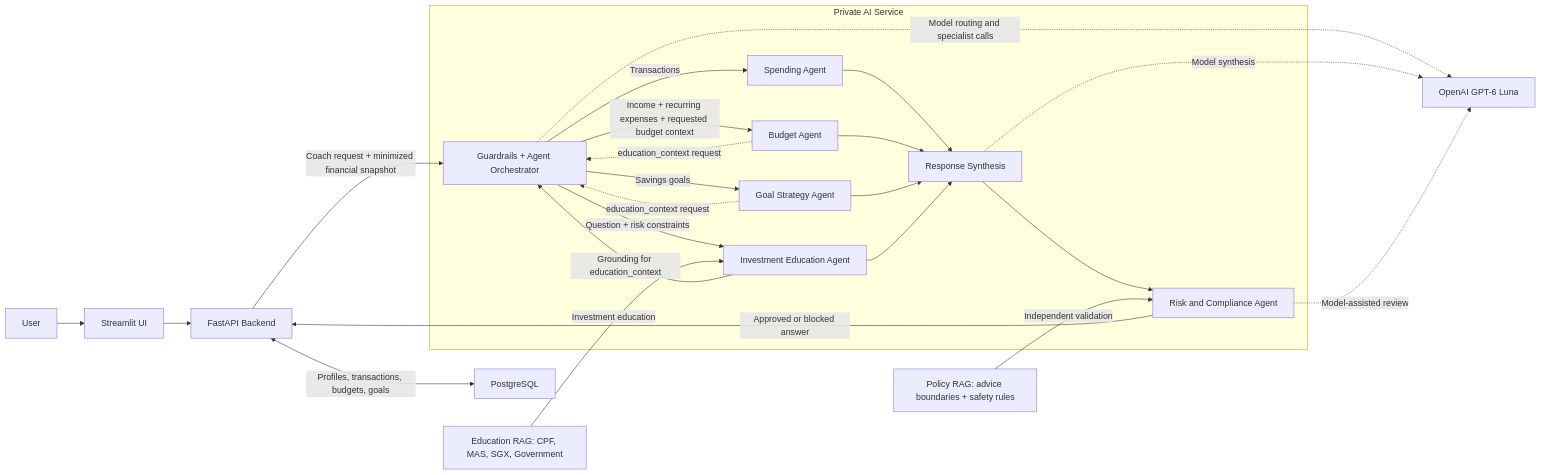
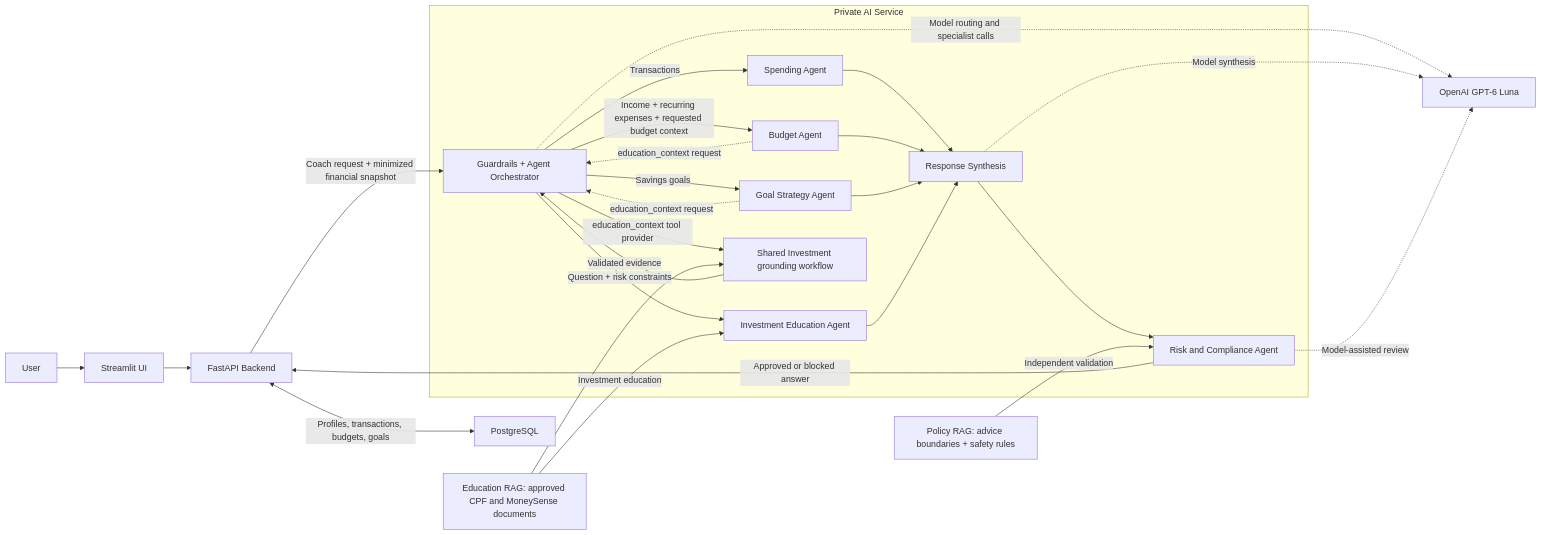
Before and after one commit to Seanleng99/nus-iss-ais-team9: the first of 2 diagrams in docs/architecture.md, drawn with Mermaid. The commit also changed other lines of this file and 56 other files, not shown here.

````diff
--- a/docs/architecture.md
+++ b/docs/architecture.md
@@ -9,38 +9,40 @@
 ```mermaid
 flowchart LR
   User["User"] --> UI["Streamlit UI"]
   UI --> Backend["FastAPI Backend"]
   Backend <-->|"Profiles, transactions, budgets, goals"| PG["PostgreSQL"]
 
   subgraph AI["Private AI Service"]
     Orchestrator["Guardrails + Agent Orchestrator"]
     Spending["Spending Agent"]
     Budget["Budget Agent"]
     Goal["Goal Strategy Agent"]
     Invest["Investment Education Agent"]
     Synthesis["Response Synthesis"]
     Compliance["Risk and Compliance Agent"]
 
     Orchestrator -->|"Transactions"| Spending
     Orchestrator -->|"Income + recurring expenses + requested budget context"| Budget
     Orchestrator -->|"Savings goals"| Goal
     Orchestrator -->|"Question + risk constraints"| Invest
     Budget -. "education_context request" .-> Orchestrator
     Goal -. "education_context request" .-> Orchestrator
-    Invest -->|"Grounding for education_context"| Orchestrator
+    Orchestrator -->|"education_context tool provider"| EducationGrounding["Shared Investment grounding workflow"]
+    EducationGrounding -->|"Validated evidence"| Orchestrator
     Spending --> Synthesis
     Budget --> Synthesis
     Goal --> Synthesis
     Invest --> Synthesis
     Synthesis --> Compliance
   end
 
   Backend -->|"Coach request + minimized financial snapshot"| Orchestrator
-  EducationRAG["Education RAG: CPF, MAS, SGX, Government"] -->|"Investment education"| Invest
+  EducationRAG["Education RAG: approved CPF and MoneySense documents"] -->|"Investment education"| Invest
+  EducationRAG --> EducationGrounding
   PolicyRAG["Policy RAG: advice boundaries + safety rules"] -->|"Independent validation"| Compliance
   Compliance -->|"Approved or blocked answer"| Backend
 
   Orchestrator -. "Model routing and specialist calls" .-> OpenAI["OpenAI GPT-6 Luna"]
   Synthesis -. "Model synthesis" .-> OpenAI
   Compliance -. "Model-assisted review" .-> OpenAI
 ```
````
